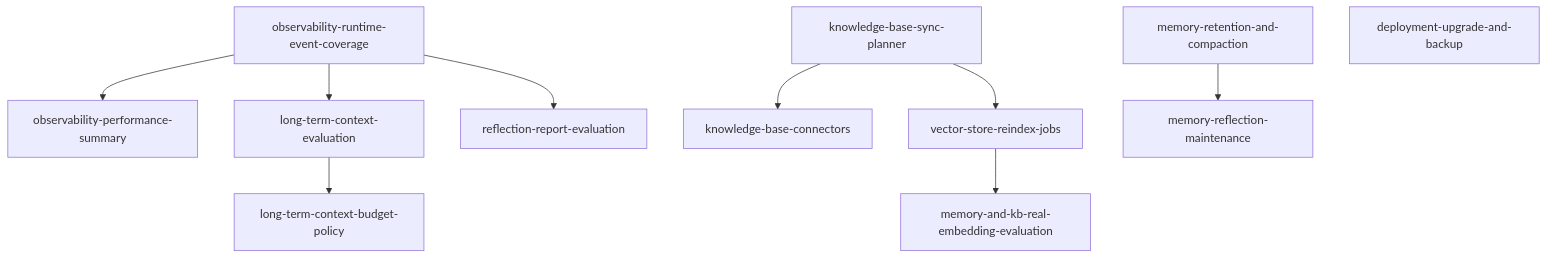
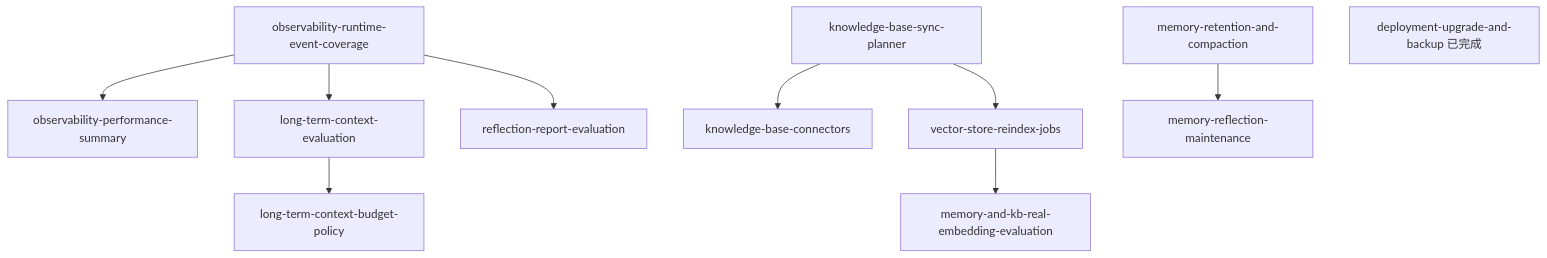
Before and after one commit to Summy2104/fleetent: the diagram in docs/capabilities/intelligence-roadmap.md, drawn with Mermaid. The commit also changed other lines of this file and 5 other files, not shown here.

Commit message:
feat(deployment): add upgrade backup script

````diff
--- a/docs/capabilities/intelligence-roadmap.md
+++ b/docs/capabilities/intelligence-roadmap.md
@@ -62,26 +62,26 @@
 ```mermaid
 flowchart TD
     O[observability-runtime-event-coverage]
     OPS[observability-performance-summary]
     LTC_E[long-term-context-evaluation]
     REF_E[reflection-report-evaluation]
 
     KB_SYNC[knowledge-base-sync-planner]
     KB_CONN[knowledge-base-connectors]
     REINDEX[vector-store-reindex-jobs]
     EMB_E[memory-and-kb-real-embedding-evaluation]
 
     MEM_RET[memory-retention-and-compaction]
     MEM_REF[memory-reflection-maintenance]
 
-    BACKUP[deployment-upgrade-and-backup]
+    BACKUP[deployment-upgrade-and-backup 已完成]
 
     O --> OPS
     O --> LTC_E
     O --> REF_E
     KB_SYNC --> KB_CONN
     KB_SYNC --> REINDEX
     REINDEX --> EMB_E
     LTC_E --> LTC_B[long-term-context-budget-policy]
     MEM_RET --> MEM_REF
 ```
````
